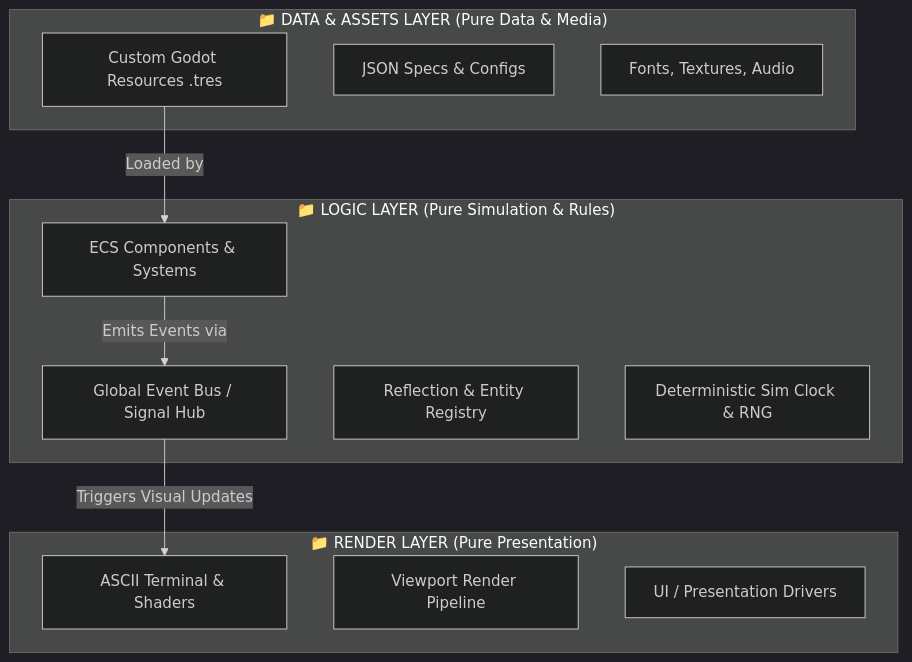
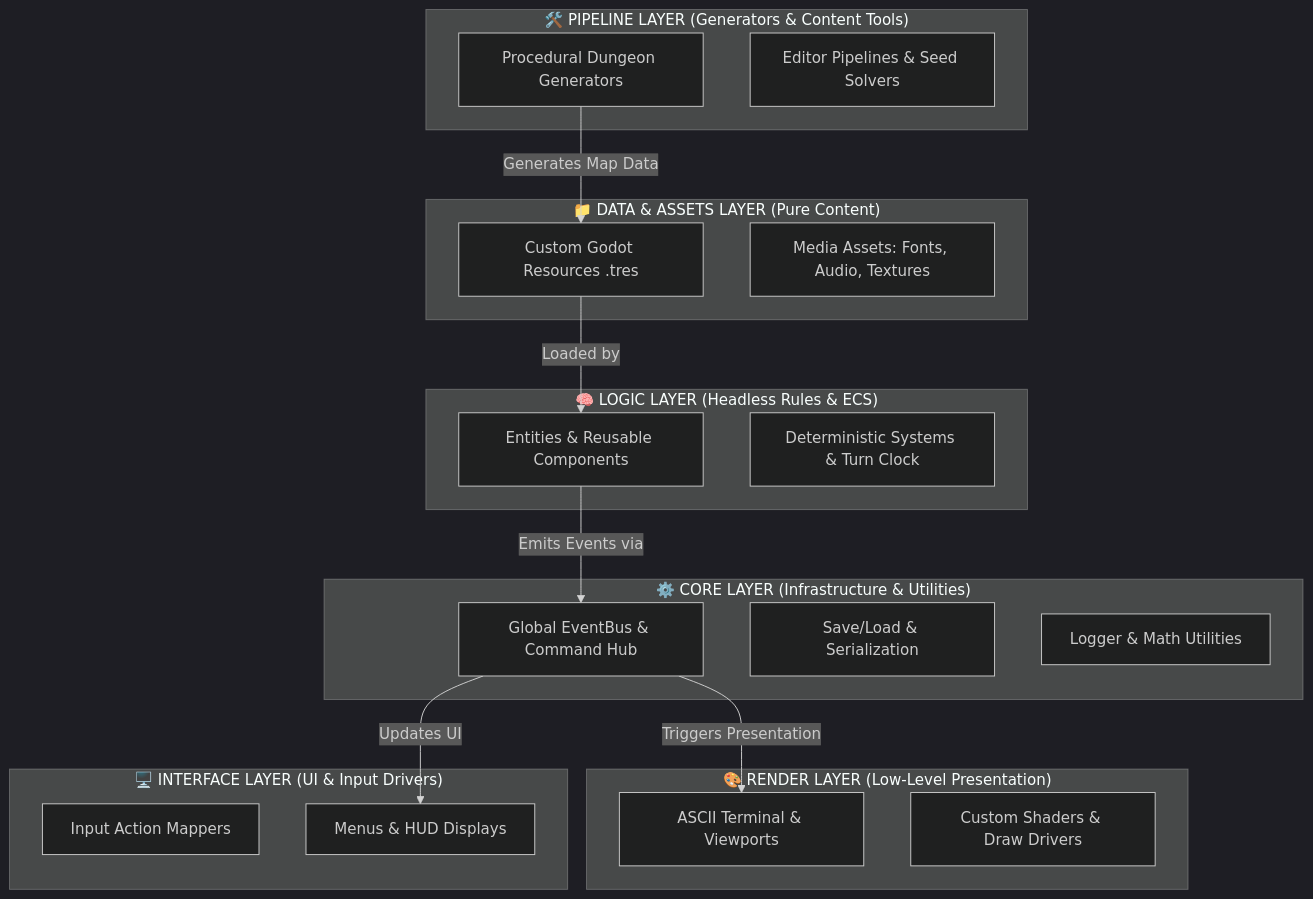
The diagram in docs/architecture_blueprint.md (DJaremko1982/ascii-midnight-citadel-engine), drawn with Mermaid (dark theme) before and after one commit. The commit also changed other lines of this file and 3 other files, not shown here.

Commit message:
Expand engine architecture to 6-tier separation: Core, Data/Assets, Logic, Render, Interface, and Pipeline

````diff
--- a/docs/architecture_blueprint.md
+++ b/docs/architecture_blueprint.md
@@ -9,25 +9,39 @@
 ```mermaid
 graph TD
-    subgraph Data & Assets Layer ["📁 DATA & ASSETS LAYER (Pure Data & Media)"]
-        A1[Custom Godot Resources .tres]
-        A2[JSON Specs & Configs]
-        A3[Fonts, Textures, Audio]
+    subgraph Core ["⚙️ CORE LAYER (Infrastructure & Utilities)"]
+        C1[Global EventBus & Command Hub]
+        C2[Save/Load & Serialization]
+        C3[Logger & Math Utilities]
     end
 
-    subgraph Logic Layer ["📁 LOGIC LAYER (Pure Simulation & Rules)"]
-        L1[Global Event Bus / Signal Hub]
-        L2[Reflection & Entity Registry]
-        L3[Deterministic Sim Clock & RNG]
-        L4[ECS Components & Systems]
+    subgraph DataAssets ["📁 DATA & ASSETS LAYER (Pure Content)"]
+        D1[Custom Godot Resources .tres]
+        D2[Media Assets: Fonts, Audio, Textures]
     end
 
-    subgraph Render Layer ["📁 RENDER LAYER (Pure Presentation)"]
-        R1[ASCII Terminal & Shaders]
-        R2[Viewport Render Pipeline]
-        R3[UI / Presentation Drivers]
+    subgraph Logic ["🧠 LOGIC LAYER (Headless Rules & ECS)"]
+        L1[Entities & Reusable Components]
+        L2[Deterministic Systems & Turn Clock]
     end
 
-    A1 -->|Loaded by| L4
-    L4 -->|Emits Events via| L1
-    L1 -->|Triggers Visual Updates| R1
+    subgraph Render ["🎨 RENDER LAYER (Low-Level Presentation)"]
+        R1[ASCII Terminal & Viewports]
+        R2[Custom Shaders & Draw Drivers]
+    end
+
+    subgraph Interface ["🖥️ INTERFACE LAYER (UI & Input Drivers)"]
+        I1[Input Action Mappers]
+        I2[Menus & HUD Displays]
+    end
+
+    subgraph Pipeline ["🛠️ PIPELINE LAYER (Generators & Content Tools)"]
+        P1[Procedural Dungeon Generators]
+        P2[Editor Pipelines & Seed Solvers]
+    end
+
+    D1 -->|Loaded by| L1
+    L1 -->|Emits Events via| C1
+    C1 -->|Triggers Presentation| R1
+    C1 -->|Updates UI| I2
+    P1 -->|Generates Map Data| D1
 ```
````
